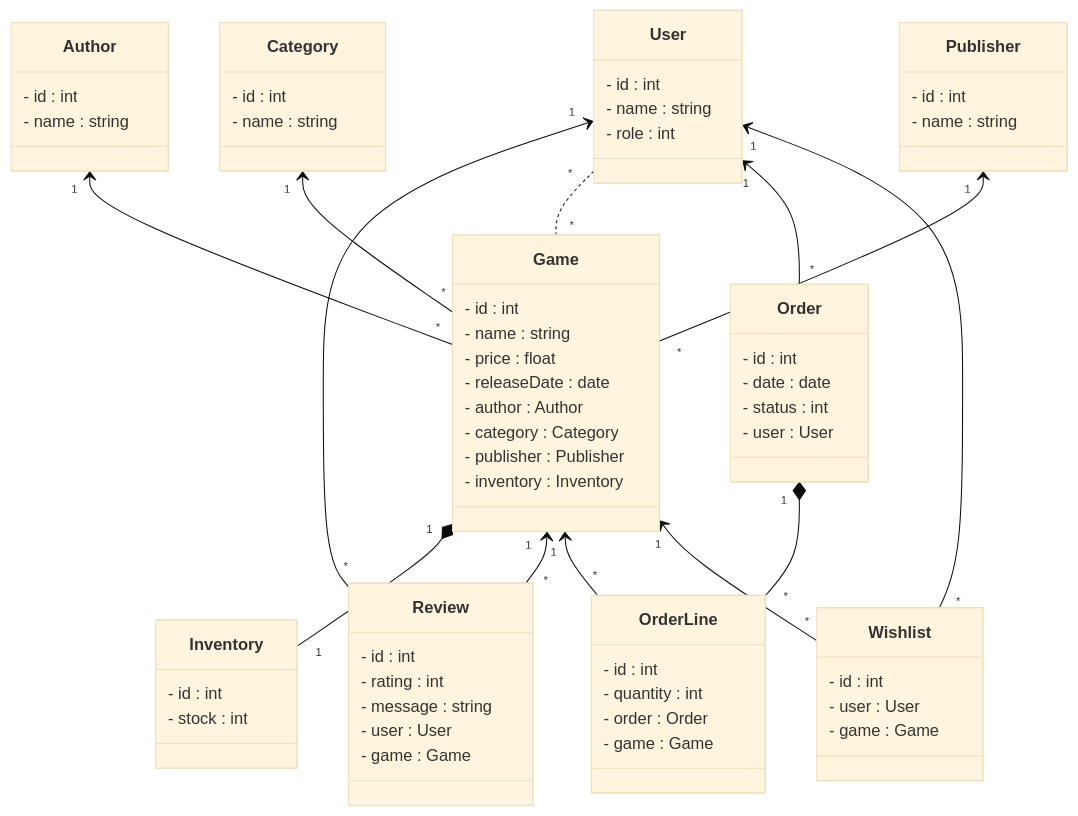
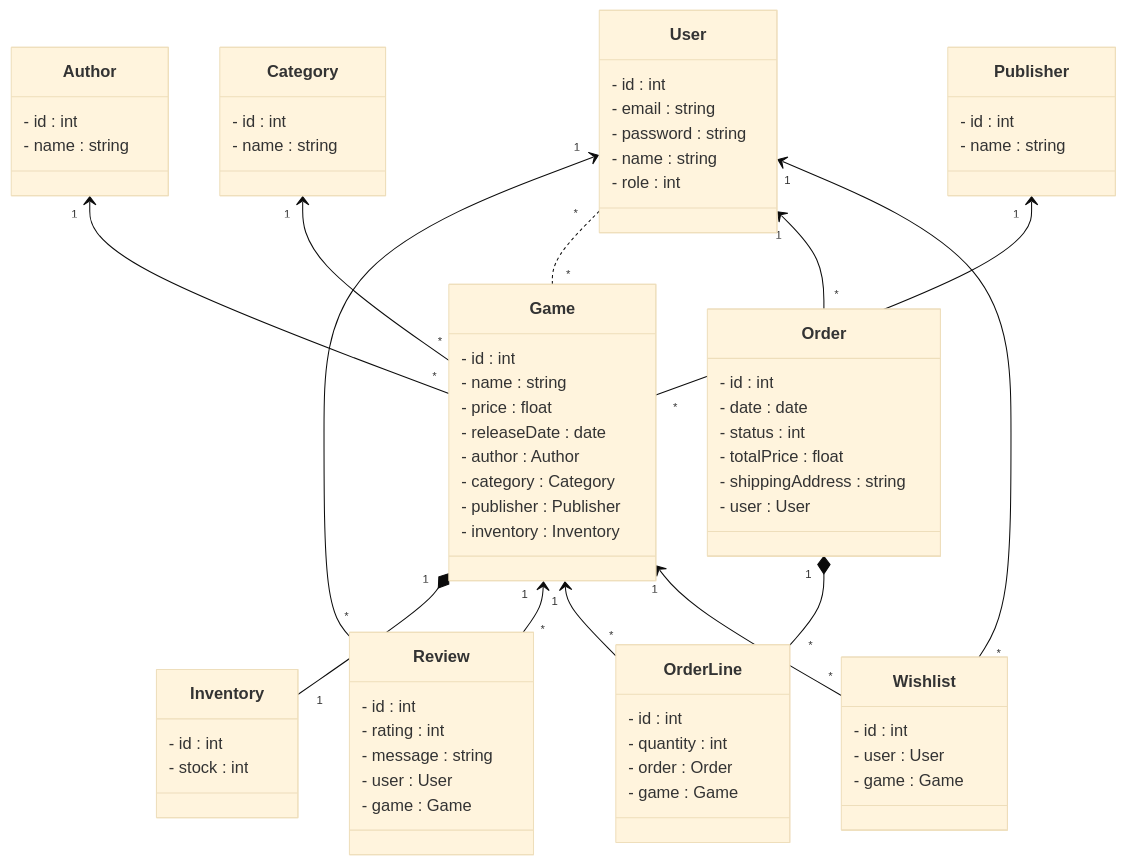
Before and after one commit to ReVolTPFE/iscod-b4-edc-games-up: the diagram in docs/class-diagram.md, drawn with Mermaid (base theme). The commit also changed 4 other files, not shown here.

Commit message:
docs: added component, architecture, sequence diagrams, added previsional API endpoints list

```diff
--- a/docs/class-diagram.md
+++ b/docs/class-diagram.md
@@ -25,6 +25,8 @@
         - id : int
         - date : date
         - status : int
+        - totalPrice : float
+        - shippingAddress : string
         - user : User
     }
 
@@ -51,6 +53,8 @@
 
     class User {
         - id : int
+        - email : string
+        - password : string
         - name : string
         - role : int
     }
```
